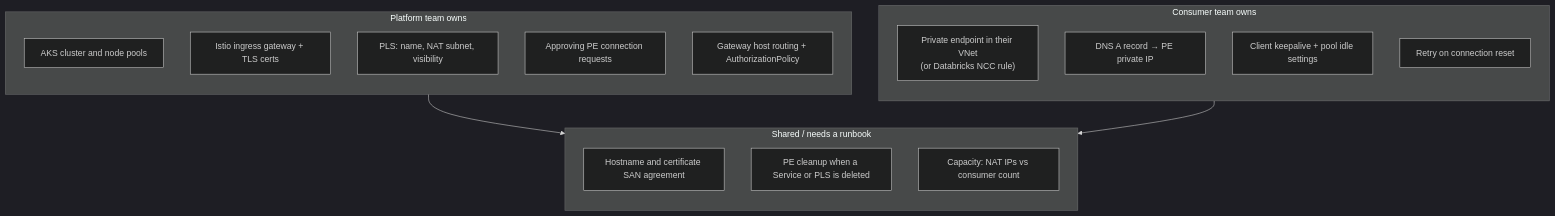
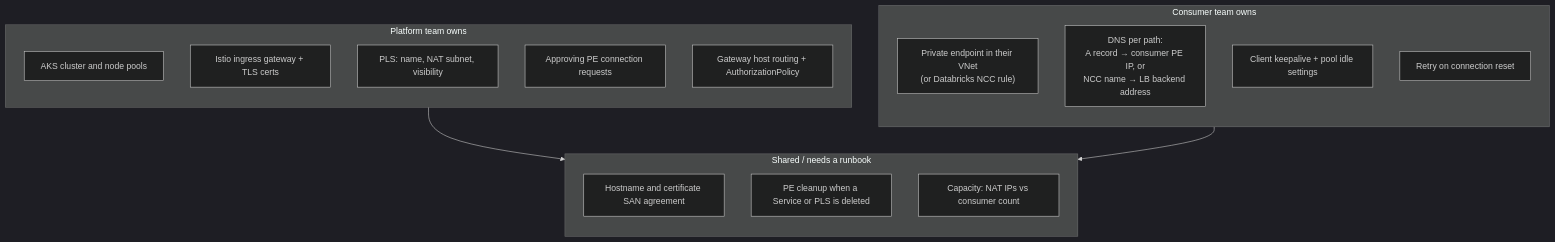
The eighth of 8 diagrams in docs/aks-private-link/REVIEW.md (davidmarkgardiner/kagent-public), drawn with Mermaid (dark theme) before and after one commit. The commit also changed other lines of this file and 2 other files, not shown here.

Commit message:
no-mistakes(review): Correct Private Link DNS, permissions, and timeout guidance

````diff
--- a/docs/aks-private-link/REVIEW.md
+++ b/docs/aks-private-link/REVIEW.md
@@ -524,26 +541,26 @@
 ```mermaid
 flowchart TB
   subgraph PT["Platform team owns"]
     direction TB
     PT1["AKS cluster and node pools"]
     PT2["Istio ingress gateway + TLS certs"]
     PT3["PLS: name, NAT subnet, visibility"]
     PT4["Approving PE connection requests"]
     PT5["Gateway host routing + AuthorizationPolicy"]
   end
   subgraph CT["Consumer team owns"]
     direction TB
     CT1["Private endpoint in their VNet<br/>(or Databricks NCC rule)"]
-    CT2["DNS A record → PE private IP"]
+    CT2["DNS per path:<br/>A record → consumer PE IP, or<br/>NCC name → LB backend address"]
     CT3["Client keepalive + pool idle settings"]
     CT4["Retry on connection reset"]
   end
   subgraph SH["Shared / needs a runbook"]
     direction TB
     SH1["Hostname and certificate SAN agreement"]
     SH2["PE cleanup when a Service or PLS is deleted"]
     SH3["Capacity: NAT IPs vs consumer count"]
   end
   PT --> SH
   CT --> SH
 ```
````
